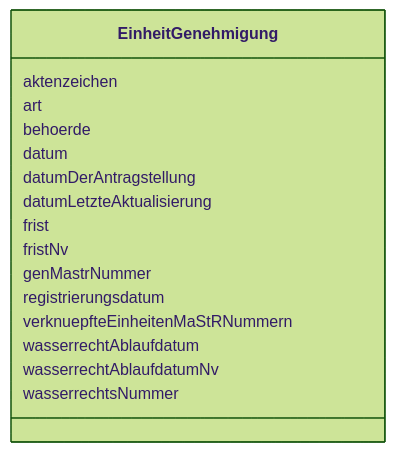
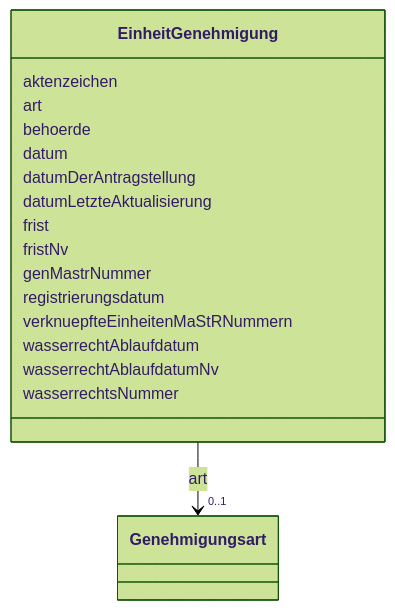
Before and after one commit to FlorianK13/mastr-model: the diagram in docs/schema/classes/EinheitGenehmigung.md, drawn with Mermaid (forest theme). The commit also changed other lines of this file and 86 other files, not shown here.

````diff
--- a/docs/schema/classes/EinheitGenehmigung.md
+++ b/docs/schema/classes/EinheitGenehmigung.md
@@ -18,34 +18,43 @@
 ```mermaid
  classDiagram
     class EinheitGenehmigung
     click EinheitGenehmigung href "../../classes/EinheitGenehmigung/"
       EinheitGenehmigung : aktenzeichen
         
       EinheitGenehmigung : art
+        
+          
+    
+        
+        
+        EinheitGenehmigung --> "0..1" Genehmigungsart : art
+        click Genehmigungsart href "../../enums/Genehmigungsart/"
+    
+
         
       EinheitGenehmigung : behoerde
         
       EinheitGenehmigung : datum
         
       EinheitGenehmigung : datumDerAntragstellung
         
       EinheitGenehmigung : datumLetzteAktualisierung
         
       EinheitGenehmigung : frist
         
       EinheitGenehmigung : fristNv
         
       EinheitGenehmigung : genMastrNummer
         
       EinheitGenehmigung : registrierungsdatum
         
       EinheitGenehmigung : verknuepfteEinheitenMaStRNummern
         
       EinheitGenehmigung : wasserrechtAblaufdatum
         
       EinheitGenehmigung : wasserrechtAblaufdatumNv
         
       EinheitGenehmigung : wasserrechtsNummer
         
       
 ```
````
